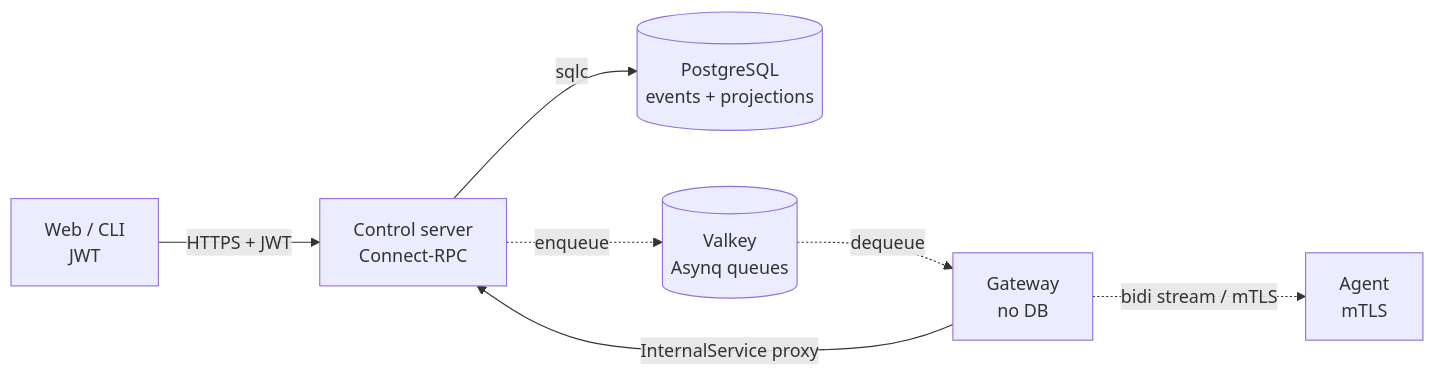
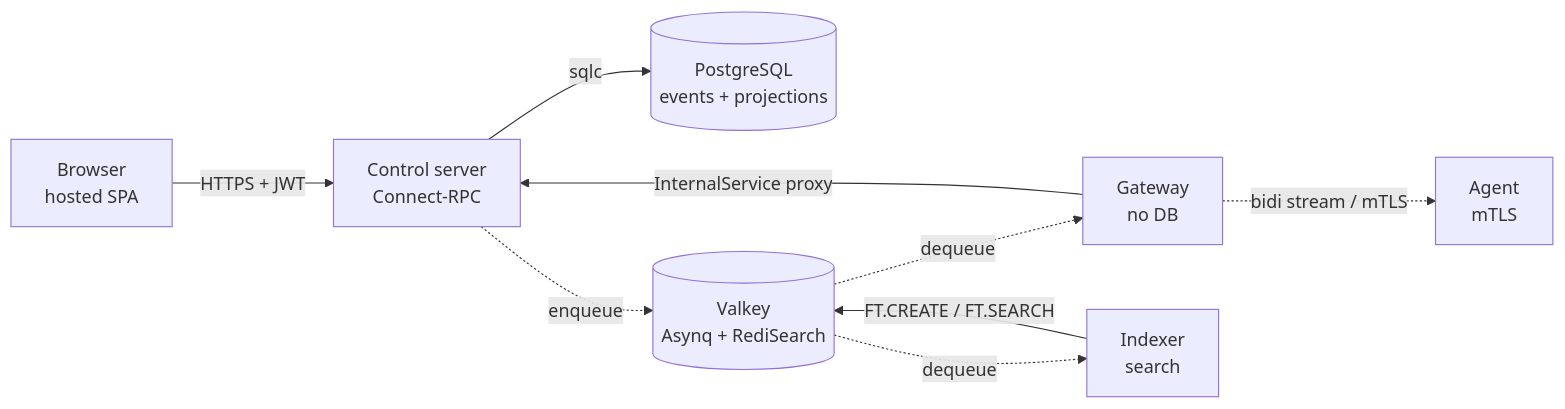
The diagram in src/content/concepts/architecture.md (manchtools/power-manage-docs), drawn with Mermaid before and after one commit. The commit also changed other lines of this file and 17 other files, not shown here.

````diff
--- a/src/content/concepts/architecture.md
+++ b/src/content/concepts/architecture.md
@@ -5,9 +5,11 @@
 ```mermaid
 flowchart LR
-    Web[Web / CLI<br/>JWT] -->|HTTPS + JWT| Control[Control server<br/>Connect-RPC]
+    Web[Browser<br/>hosted SPA] -->|HTTPS + JWT| Control[Control server<br/>Connect-RPC]
     Control -->|sqlc| PG[(PostgreSQL<br/>events + projections)]
-    Control -.->|enqueue| Valkey[(Valkey<br/>Asynq queues)]
+    Control -.->|enqueue| Valkey[(Valkey<br/>Asynq + RediSearch)]
     Valkey -.->|dequeue| Gateway[Gateway<br/>no DB]
+    Valkey -.->|dequeue| Indexer[Indexer<br/>search]
     Gateway -.->|bidi stream / mTLS| Agent[Agent<br/>mTLS]
     Gateway -->|InternalService proxy| Control
+    Indexer -->|FT.CREATE / FT.SEARCH| Valkey
 ```
````
